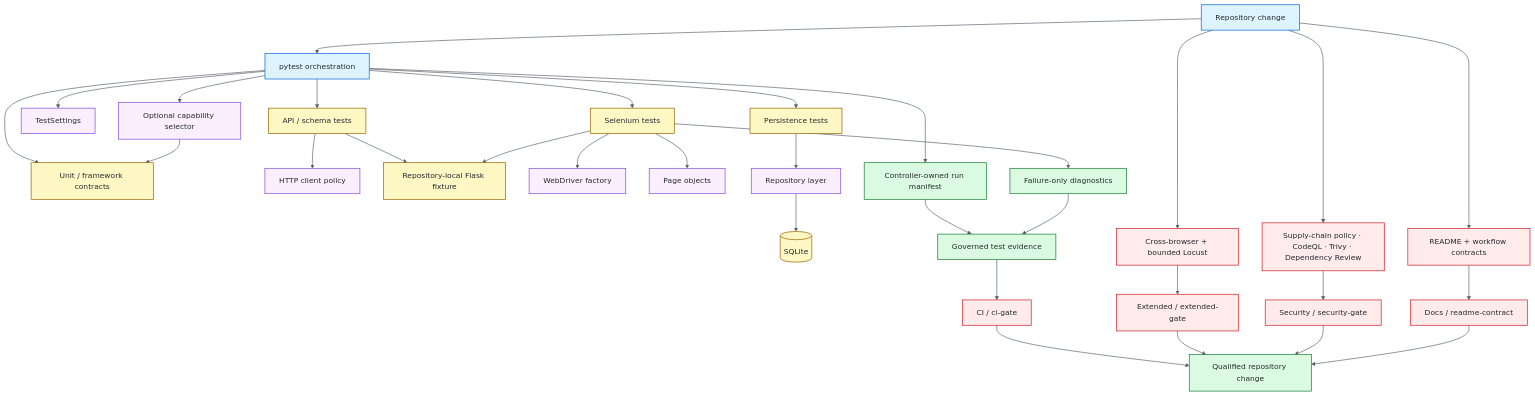
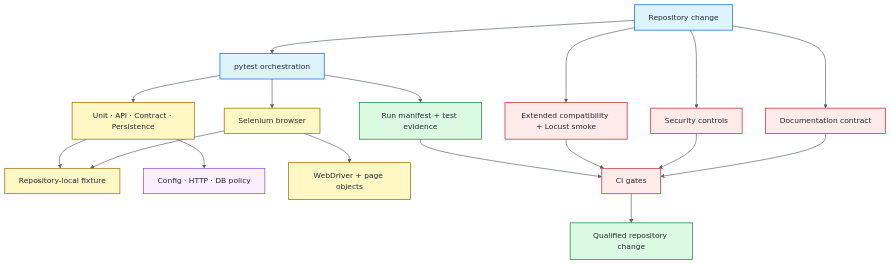
One commit to portyu9/qa-automation-python-pytest changed the diagram in README.md. Above: the diagram before and after it, drawn with Mermaid (neutral theme). The commit also changed other lines of this file, not shown here.

Commit message:
docs: streamline main README and link deep guides

````diff
--- a/README.md
+++ b/README.md
@@ -41,49 +39,35 @@
 ```mermaid
 flowchart TD
     CHANGE[Repository change] --> PYTEST[pytest orchestration]
-    PYTEST --> SELECT[Optional capability selector]
-    PYTEST --> CFG[TestSettings]
-    PYTEST --> UNIT[Unit / framework contracts]
-    PYTEST --> API[API / schema tests]
-    PYTEST --> DB[Persistence tests]
-    PYTEST --> UI[Selenium tests]
-    SELECT --> UNIT
-    API --> HTTP[HTTP client policy]
-    API --> FIX[Repository-local Flask fixture]
-    UI --> DRIVER[WebDriver factory]
-    UI --> PAGE[Page objects]
-    UI --> FIX
-    DB --> REPO[Repository layer]
-    REPO --> SQLITE[(SQLite)]
-    PYTEST --> MAN[Controller-owned run manifest]
-    UI --> DIAG[Failure-only diagnostics]
-    MAN --> REPORTS[Governed test evidence]
-    DIAG --> REPORTS
-    REPORTS --> CIG[CI / ci-gate]
+    PYTEST --> FAST[Unit · API · Contract · Persistence]
+    PYTEST --> UI[Selenium browser]
+    PYTEST --> EVIDENCE[Run manifest + test evidence]
 
-    CHANGE --> EXT[Cross-browser + bounded Locust]
-    EXT --> EG[Extended / extended-gate]
+    FAST --> FIXTURE[Repository-local fixture]
+    FAST --> POLICY[Config · HTTP · DB policy]
+    UI --> BROWSER[WebDriver + page objects]
+    UI --> FIXTURE
 
-    CHANGE --> SEC[Supply-chain policy · CodeQL · Trivy · Dependency Review]
-    SEC --> SG[Security / security-gate]
+    CHANGE --> EXT[Extended compatibility + Locust smoke]
+    CHANGE --> SEC[Security controls]
+    CHANGE --> DOCS[Documentation contract]
 
-    CHANGE --> DOCS[README + workflow contracts]
-    DOCS --> DG[Docs / readme-contract]
+    EVIDENCE --> CI[CI gates]
+    EXT --> CI
+    SEC --> CI
+    DOCS --> CI
+    CI --> RESULT[Qualified repository change]
 
-    CIG --> RESULT[Qualified repository change]
-    EG --> RESULT
-    SG --> RESULT
-    DG --> RESULT
+    classDef entry fill:#DDF4FF,stroke:#0969DA,color:#24292F,stroke-width:1.5px;
+    classDef test fill:#FFF8C5,stroke:#9A6700,color:#24292F,stroke-width:1.5px;
+    classDef policy fill:#FBEFFF,stroke:#8250DF,color:#24292F,stroke-width:1.5px;
+    classDef evidence fill:#DAFBE1,stroke:#1A7F37,color:#24292F,stroke-width:1.5px;
+    classDef gate fill:#FFEBE9,stroke:#CF222E,color:#24292F,stroke-width:1.5px;
 
-    classDef entry fill:#ddf4ff,stroke:#0969da,color:#24292f,stroke-width:1.5px;
-    classDef policy fill:#fbefff,stroke:#8250df,color:#24292f,stroke-width:1.5px;
-    classDef runtime fill:#fff8c5,stroke:#9a6700,color:#24292f,stroke-width:1.5px;
-    classDef evidence fill:#dafbe1,stroke:#1a7f37,color:#24292f,stroke-width:1.5px;
-    classDef gate fill:#ffebe9,stroke:#cf222e,color:#24292f,stroke-width:1.5px;
     class CHANGE,PYTEST entry;
-    class SELECT,CFG,HTTP,DRIVER,PAGE,REPO policy;
-    class UNIT,API,DB,UI,FIX,SQLITE runtime;
-    class MAN,DIAG,REPORTS,RESULT evidence;
-    class EXT,EG,SEC,SG,DOCS,DG,CIG gate;
-    linkStyle default stroke:#57606a,stroke-width:1.4px;
+    class FAST,UI,FIXTURE,BROWSER test;
+    class POLICY policy;
+    class EVIDENCE,RESULT evidence;
+    class EXT,SEC,DOCS,CI gate;
+    linkStyle default stroke:#57606A,stroke-width:1.4px;
 ```
````
